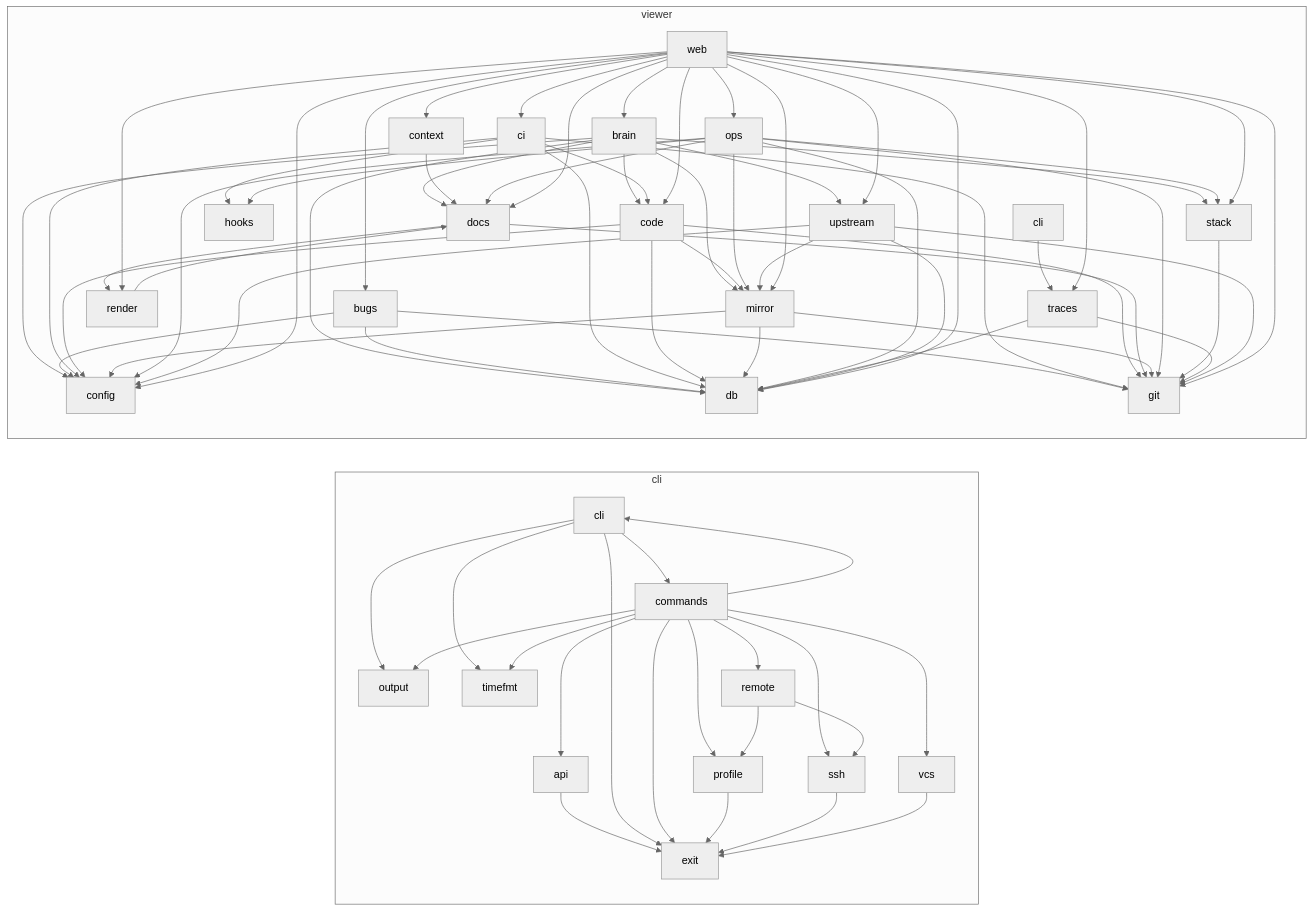
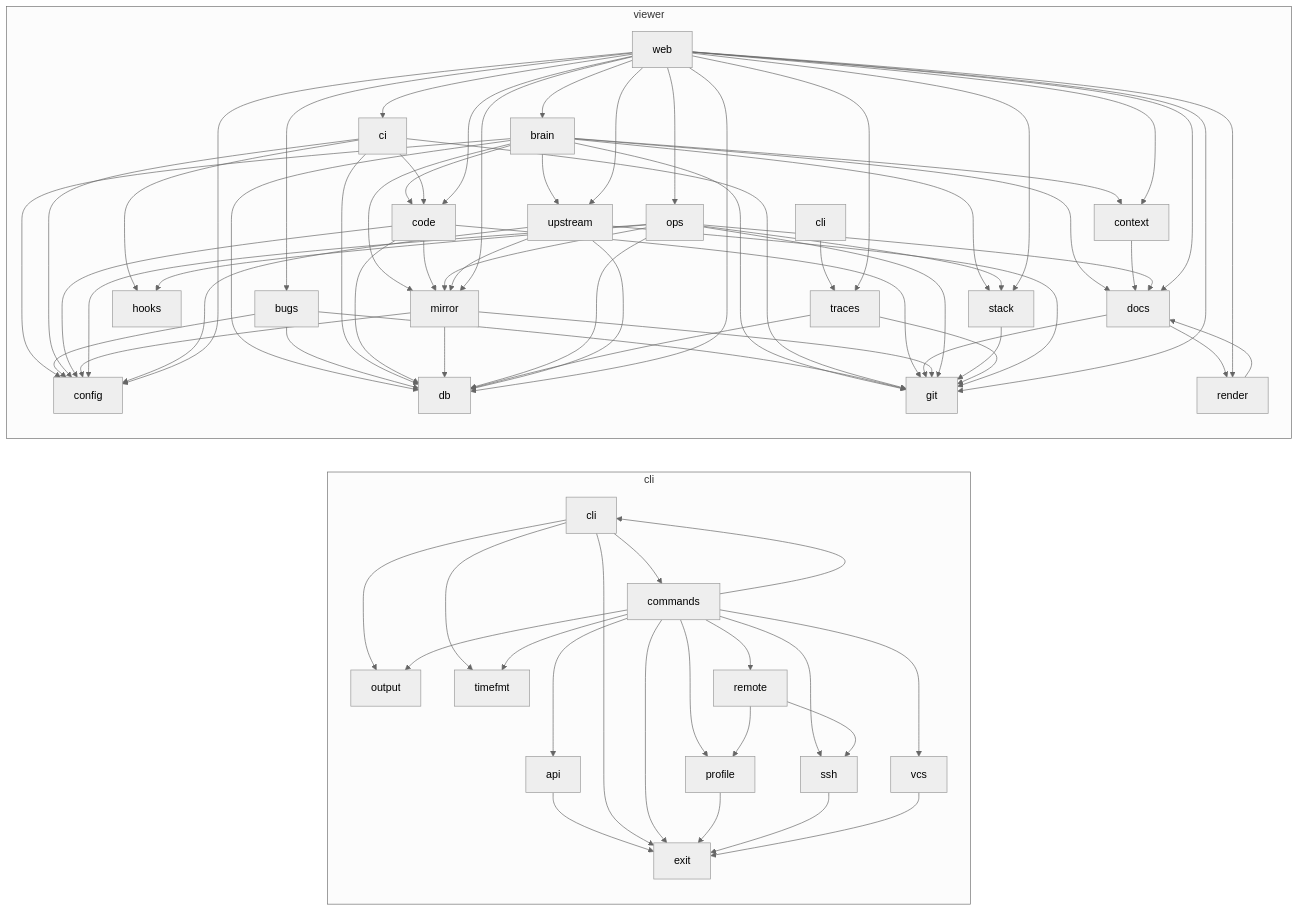
Before and after one commit to matthiasdebernardini/nashcode: the second of 2 diagrams in ARCHITECTURE.md, drawn with Mermaid (neutral theme). The commit also changed 3 other files, not shown here.

```diff
--- a/ARCHITECTURE.md
+++ b/ARCHITECTURE.md
@@ -92,8 +92,10 @@
   end
   viewer_brain --> viewer_code
   viewer_brain --> viewer_config
+  viewer_brain --> viewer_context
   viewer_brain --> viewer_db
   viewer_brain --> viewer_docs
+  viewer_brain --> viewer_git
   viewer_brain --> viewer_mirror
   viewer_brain --> viewer_stack
   viewer_brain --> viewer_upstream
```
